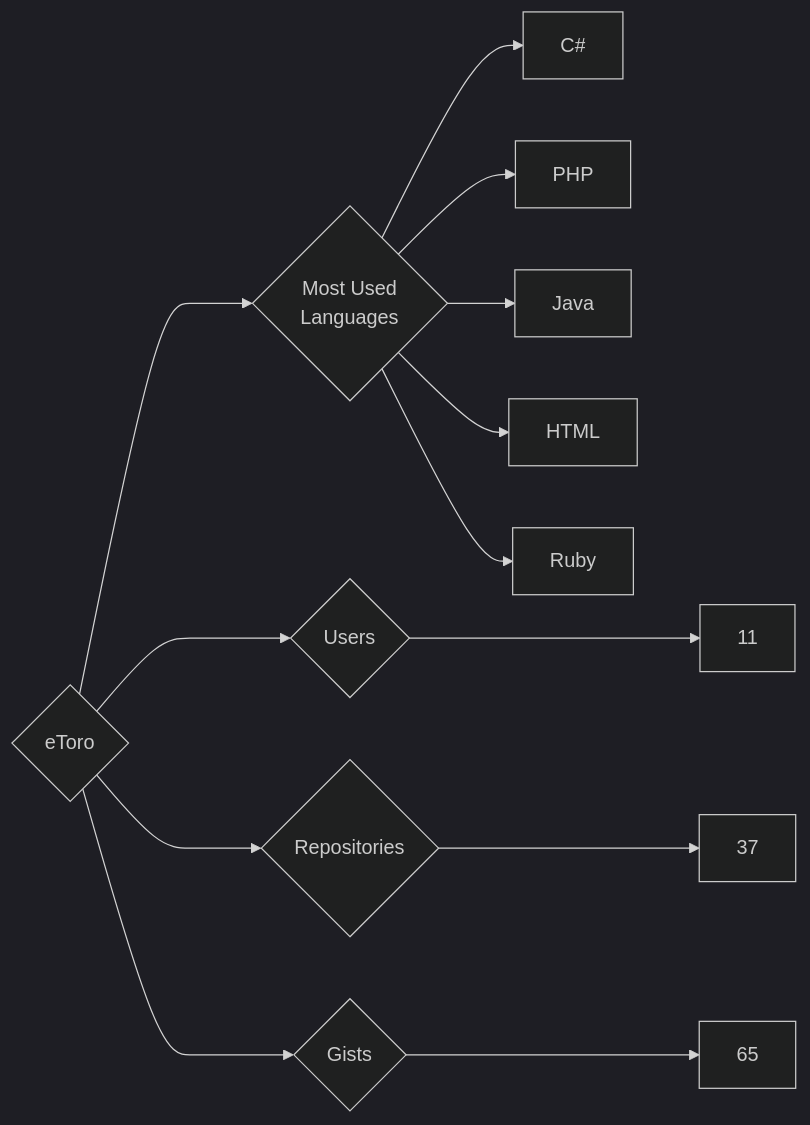
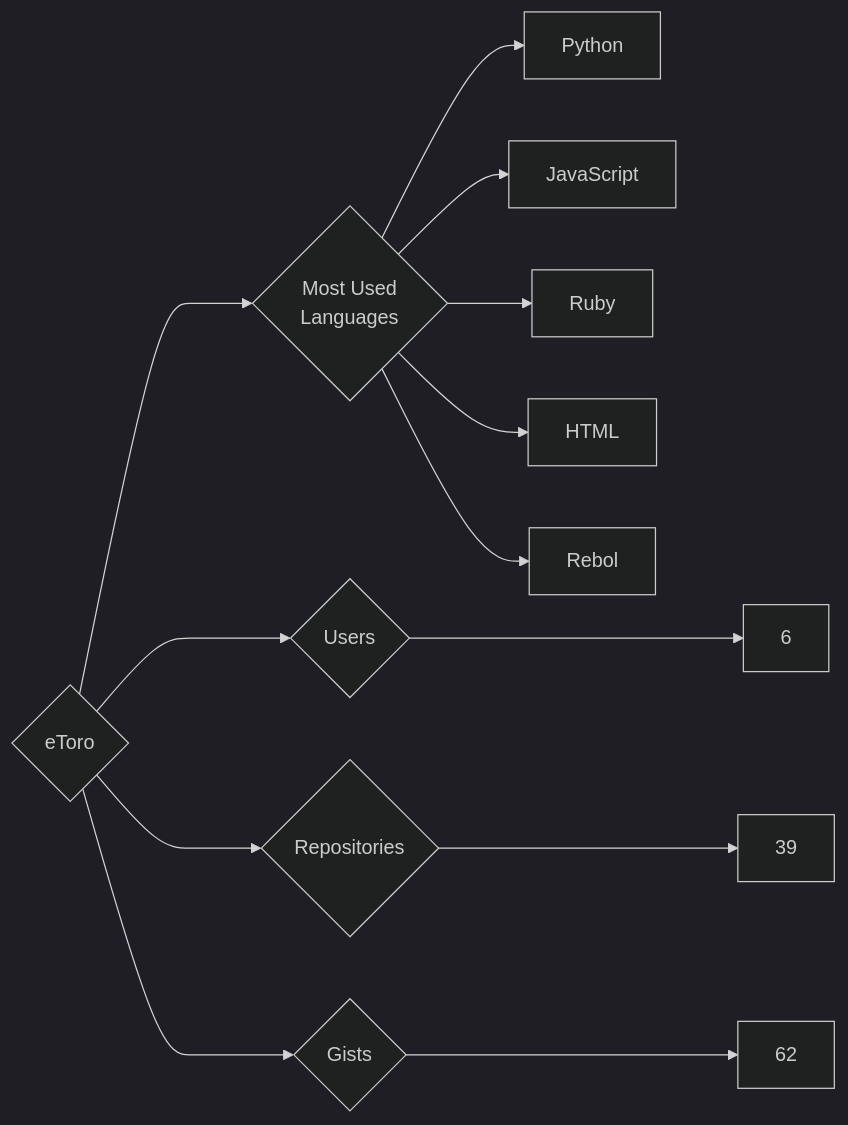
One commit to trickest/insiders changed the diagram in targets/eToro/README.md. Above: the diagram before and after it, drawn with Mermaid (dark theme). The commit also changed 693 other files, not shown here.

````diff
--- a/targets/eToro/README.md
+++ b/targets/eToro/README.md
@@ -3,13 +3,13 @@
 ```mermaid
 graph LR
 COMPANY_NAME{eToro}
-COMPANY_NAME ---> U{Users} ---> UN[11]
-COMPANY_NAME ---> R{Repositories} ---> RN[37]
-COMPANY_NAME ---> G{Gists} ---> GN[65]
+COMPANY_NAME ---> U{Users} ---> UN[6]
+COMPANY_NAME ---> R{Repositories} ---> RN[39]
+COMPANY_NAME ---> G{Gists} ---> GN[62]
 COMPANY_NAME ---> ML{Most Used<br>Languages}
-ML --> C#[C#]
-ML --> PHP[PHP]
-ML --> Java[Java]
+ML --> Python[Python]
+ML --> JavaScript[JavaScript]
+ML --> Ruby[Ruby]
 ML --> HTML[HTML]
-ML --> Ruby[Ruby]
+ML --> Rebol[Rebol]
 ```
````
